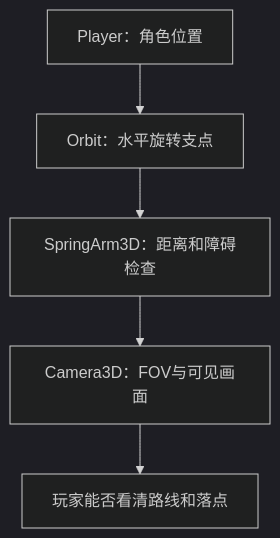
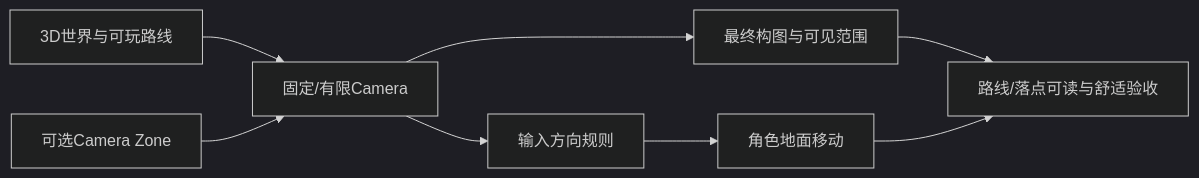
The diagram in curriculum/dialogues/A08.md (Zilur/ai-3d-game-learning), drawn with Mermaid (dark theme) before and after one commit. The commit also changed other lines of this file and 57 other files, not shown here.

````diff
--- a/curriculum/dialogues/A08.md
+++ b/curriculum/dialogues/A08.md
@@ -27,7 +27,10 @@
 ```mermaid
-flowchart TD
- P["Player：角色位置"] --> O["Orbit：水平旋转支点"]
- O --> S["SpringArm3D：距离和障碍检查"]
- S --> C["Camera3D：FOV与可见画面"]
- C --> E["玩家能否看清路线和落点"]
+flowchart LR
+  W["3D世界与可玩路线"] --> C["固定/有限Camera"]
+  C --> F["最终构图与可见范围"]
+  I["输入方向规则"] --> M["角色地面移动"]
+  C --> I
+  Z["可选Camera Zone"] --> C
+  F --> V["路线/落点可读与舒适验收"]
+  M --> V
 ```
````
